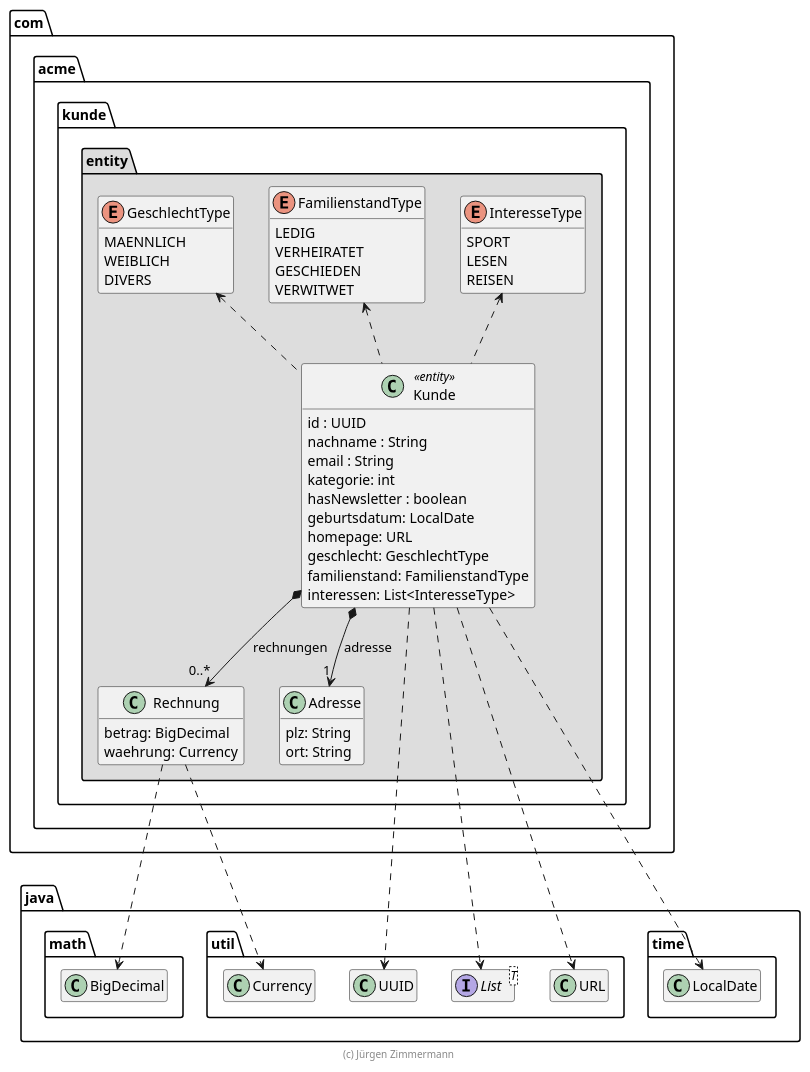
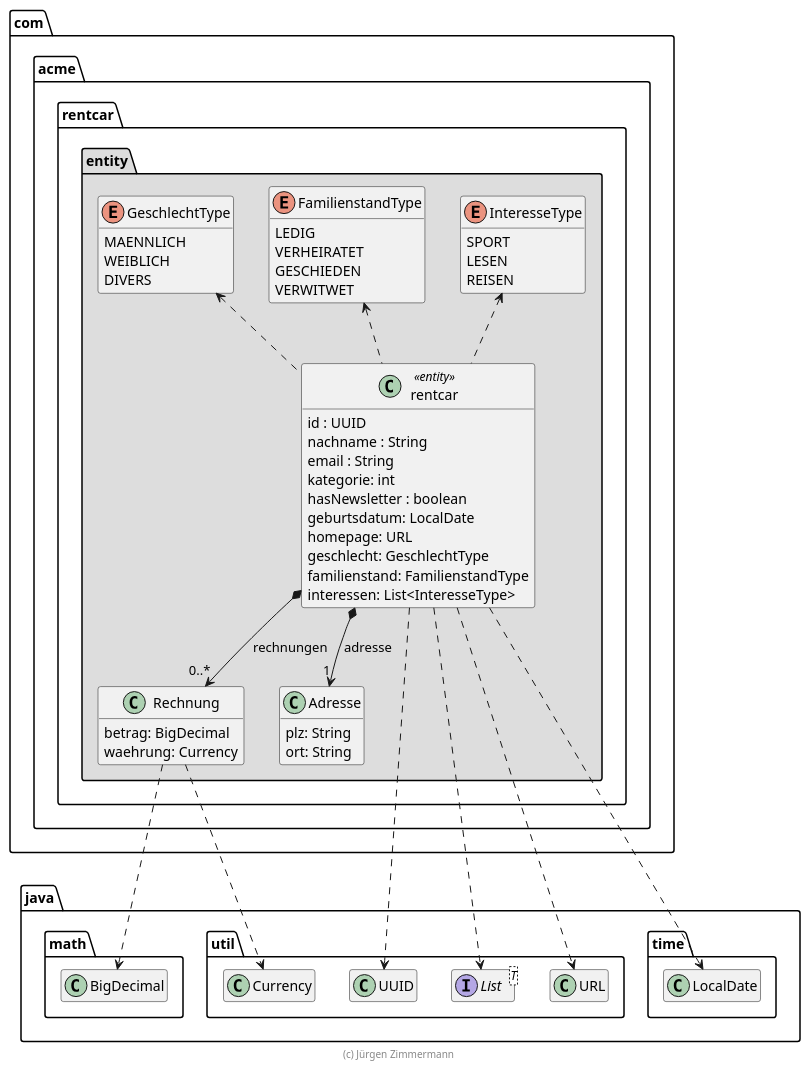
The diagram in extras/doc/Kunde.plantuml (lfsrrr/rentcar), drawn with PlantUML before and after one commit. The commit also changed 120 other files, not shown here.

First line of the commit message:
Rename project from 'kunde' to 'rentcar'

```diff
--- a/extras/doc/Kunde.plantuml
+++ b/extras/doc/Kunde.plantuml
@@ -15,85 +15,85 @@
-@startuml Kunde
+@startuml rentcar
 
 skinparam classAttributeIconSize 0
 ' skinparam monochrome true
 
 package java {
     package util {
         class UUID
         interface List<T>
         class URL
         class Currency
     }
 
     package math {
         class BigDecimal
     }
 
     package time {
         class LocalDate
     }
 }
 
-package com.acme.kunde.entity #DDDDDD {
+package com.acme.rentcar.entity #DDDDDD {
     class Rechnung {
         betrag: BigDecimal
         waehrung: Currency
     }
 
     class Adresse {
         plz: String
         ort: String
     }
 
     enum GeschlechtType {
         MAENNLICH
         WEIBLICH
         DIVERS
     }
 
     enum FamilienstandType {
         LEDIG
         VERHEIRATET
         GESCHIEDEN
         VERWITWET
     }
 
     enum InteresseType {
         SPORT
         LESEN
         REISEN
     }
 
-    class Kunde << entity >> {
+    class rentcar << entity >> {
         id : UUID
         nachname : String
         email : String
         kategorie: int
         hasNewsletter : boolean
         geburtsdatum: LocalDate
         homepage: URL
         geschlecht: GeschlechtType
         familienstand: FamilienstandType
         interessen: List<InteresseType>
     }
 
-    Kunde *--> "0..*" Rechnung : rechnungen
-    Kunde *--> "1" Adresse : adresse
-    Kunde .up.> GeschlechtType
-    Kunde .up.> FamilienstandType
-    Kunde .up.> InteresseType
+    rentcar *--> "0..*" Rechnung : rechnungen
+    rentcar *--> "1" Adresse : adresse
+    rentcar .up.> GeschlechtType
+    rentcar .up.> FamilienstandType
+    rentcar .up.> InteresseType
 
-    Kunde ..> UUID
-    Kunde ..> LocalDate
-    Kunde ..> List
-    Kunde ..> URL
+    rentcar ..> UUID
+    rentcar ..> LocalDate
+    rentcar ..> List
+    rentcar ..> URL
 
     Rechnung ..> Currency
     Rechnung ..> BigDecimal
 }
 
 hide empty members
 
 footer (c) Jürgen Zimmermann
 
 @enduml
```
